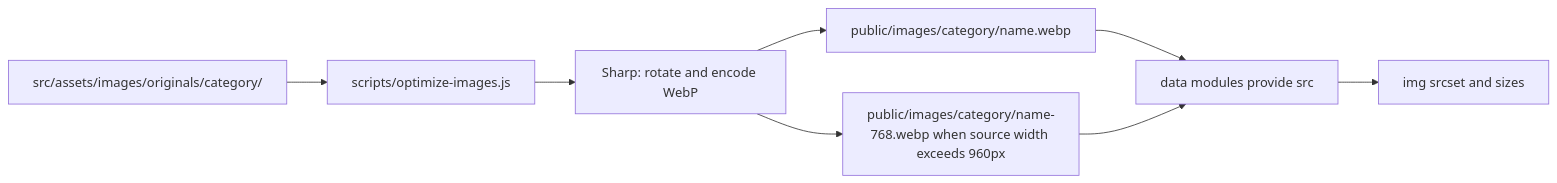
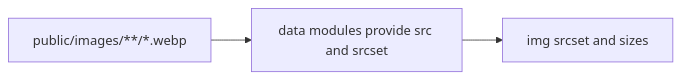
The second of 2 diagrams in docs/ARCHITECTURE.md (rpdigitalmain/photography-portfolio), drawn with Mermaid before and after one commit. The commit also changed other lines of this file and 11 other files, not shown here.

````diff
--- a/docs/ARCHITECTURE.md
+++ b/docs/ARCHITECTURE.md
@@ -57,10 +57,5 @@
 ```mermaid
 flowchart LR
-    Originals[src/assets/images/originals/category/] --> Script[scripts/optimize-images.js]
-    Script --> Sharp[Sharp: rotate and encode WebP]
-    Sharp --> Full[public/images/category/name.webp]
-    Sharp --> Small[public/images/category/name-768.webp when source width exceeds 960px]
-    Full --> Data[data modules provide src]
-    Small --> Data
+    Files[public/images/**/*.webp] --> Data[data modules provide src and srcset]
     Data --> Browser[img srcset and sizes]
 ```
````
